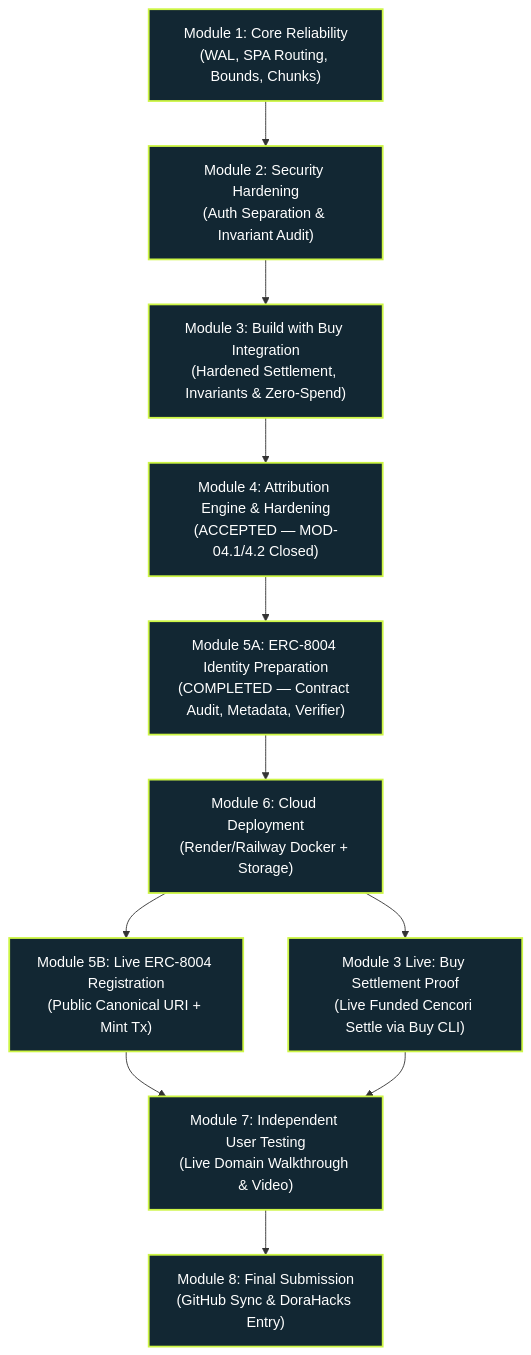
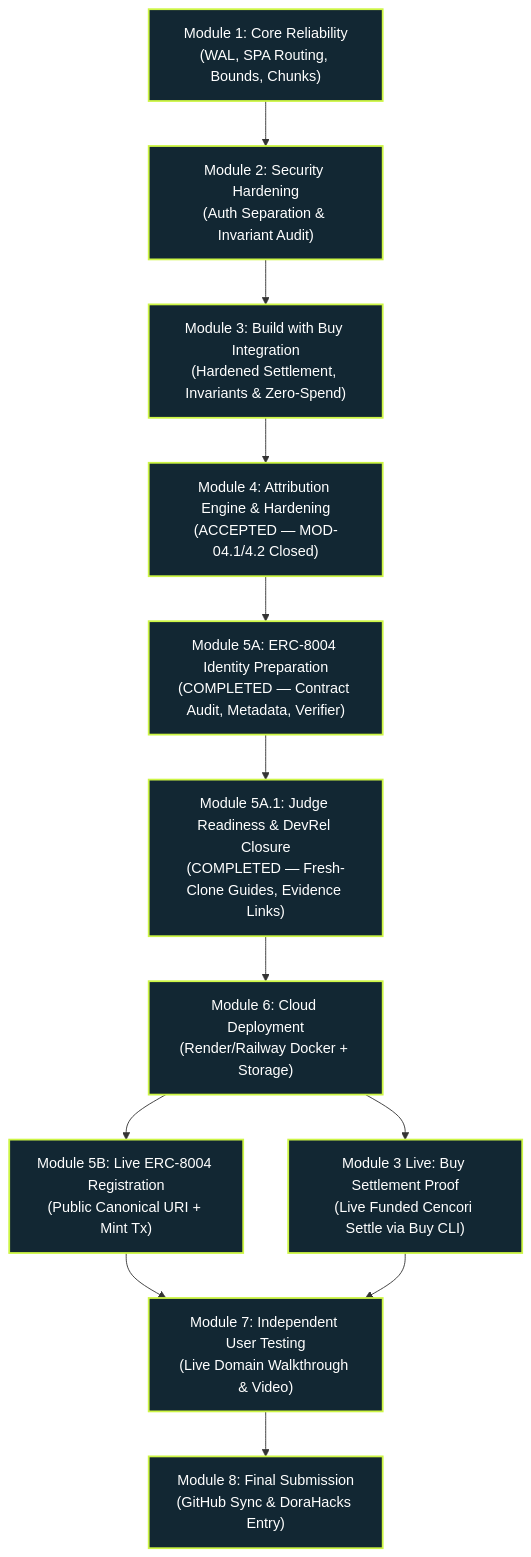
One commit to Harshal-Pande/openHackathonPS3 changed the diagram in MASTER_EXECUTION_ROADMAP.md. Above: the diagram before and after it, drawn with Mermaid. The commit also changed other lines of this file and 14 other files, not shown here.

Commit message:
docs(mod-05): improve judge verification and DevRel readiness

````diff
--- a/MASTER_EXECUTION_ROADMAP.md
+++ b/MASTER_EXECUTION_ROADMAP.md
@@ -14,24 +14,26 @@
 ```mermaid
 flowchart TD
     M1["Module 1: Core Reliability<br/>(WAL, SPA Routing, Bounds, Chunks)"] --> M2["Module 2: Security Hardening<br/>(Auth Separation & Invariant Audit)"]
     M2 --> M3["Module 3: Build with Buy Integration<br/>(Hardened Settlement, Invariants & Zero-Spend)"]
     M3 --> M4["Module 4: Attribution Engine & Hardening<br/>(ACCEPTED — MOD-04.1/4.2 Closed)"]
     M4 --> M5A["Module 5A: ERC-8004 Identity Preparation<br/>(COMPLETED — Contract Audit, Metadata, Verifier)"]
-    M5A --> M6["Module 6: Cloud Deployment<br/>(Render/Railway Docker + Storage)"]
+    M5A --> M5A_1["Module 5A.1: Judge Readiness & DevRel Closure<br/>(COMPLETED — Fresh-Clone Guides, Evidence Links)"]
+    M5A_1 --> M6["Module 6: Cloud Deployment<br/>(Render/Railway Docker + Storage)"]
     M6 --> M5B["Module 5B: Live ERC-8004 Registration<br/>(Public Canonical URI + Mint Tx)"]
     M6 --> M3_LIVE["Module 3 Live: Buy Settlement Proof<br/>(Live Funded Cencori Settle via Buy CLI)"]
     M5B --> M7["Module 7: Independent User Testing<br/>(Live Domain Walkthrough & Video)"]
     M3_LIVE --> M7
     M7 --> M8["Module 8: Final Submission<br/>(GitHub Sync & DoraHacks Entry)"]
 
     style M1 fill:#122733,stroke:#CDF545,stroke-width:2px,color:#fff
     style M2 fill:#122733,stroke:#CDF545,stroke-width:2px,color:#fff
     style M3 fill:#122733,stroke:#CDF545,stroke-width:2px,color:#fff
     style M4 fill:#122733,stroke:#CDF545,stroke-width:2px,color:#fff
     style M5A fill:#122733,stroke:#CDF545,stroke-width:2px,color:#fff
+    style M5A_1 fill:#122733,stroke:#CDF545,stroke-width:2px,color:#fff
     style M6 fill:#122733,stroke:#CDF545,stroke-width:2px,color:#fff
     style M5B fill:#122733,stroke:#CDF545,stroke-width:2px,color:#fff
     style M3_LIVE fill:#122733,stroke:#CDF545,stroke-width:2px,color:#fff
     style M7 fill:#122733,stroke:#CDF545,stroke-width:2px,color:#fff
     style M8 fill:#122733,stroke:#CDF545,stroke-width:2px,color:#fff
 ```
````
